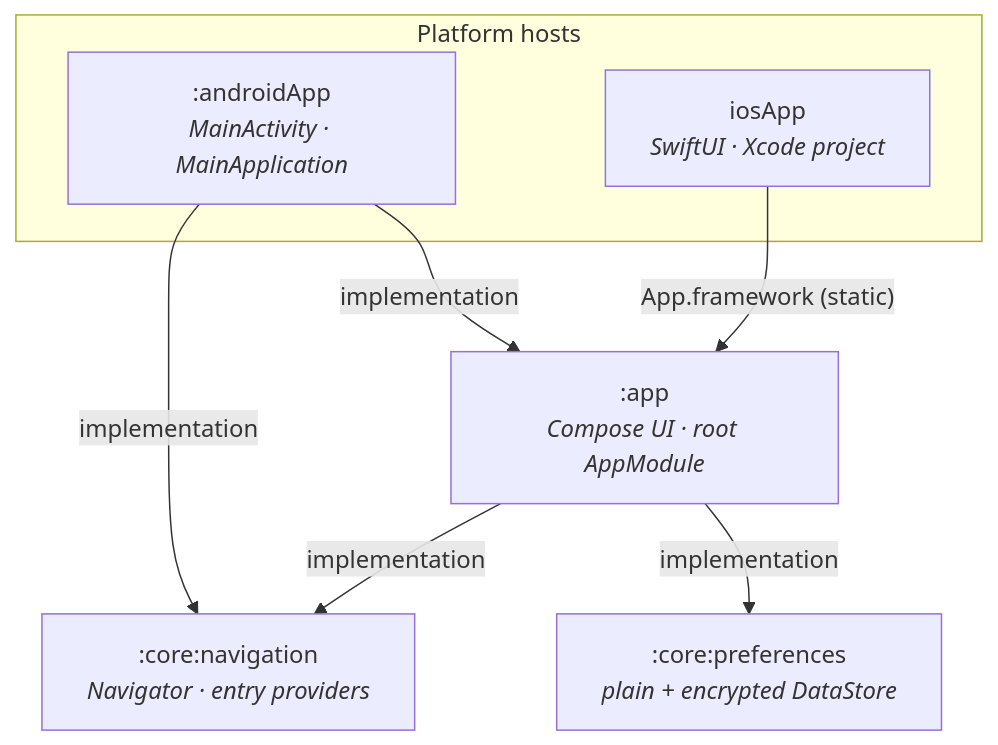
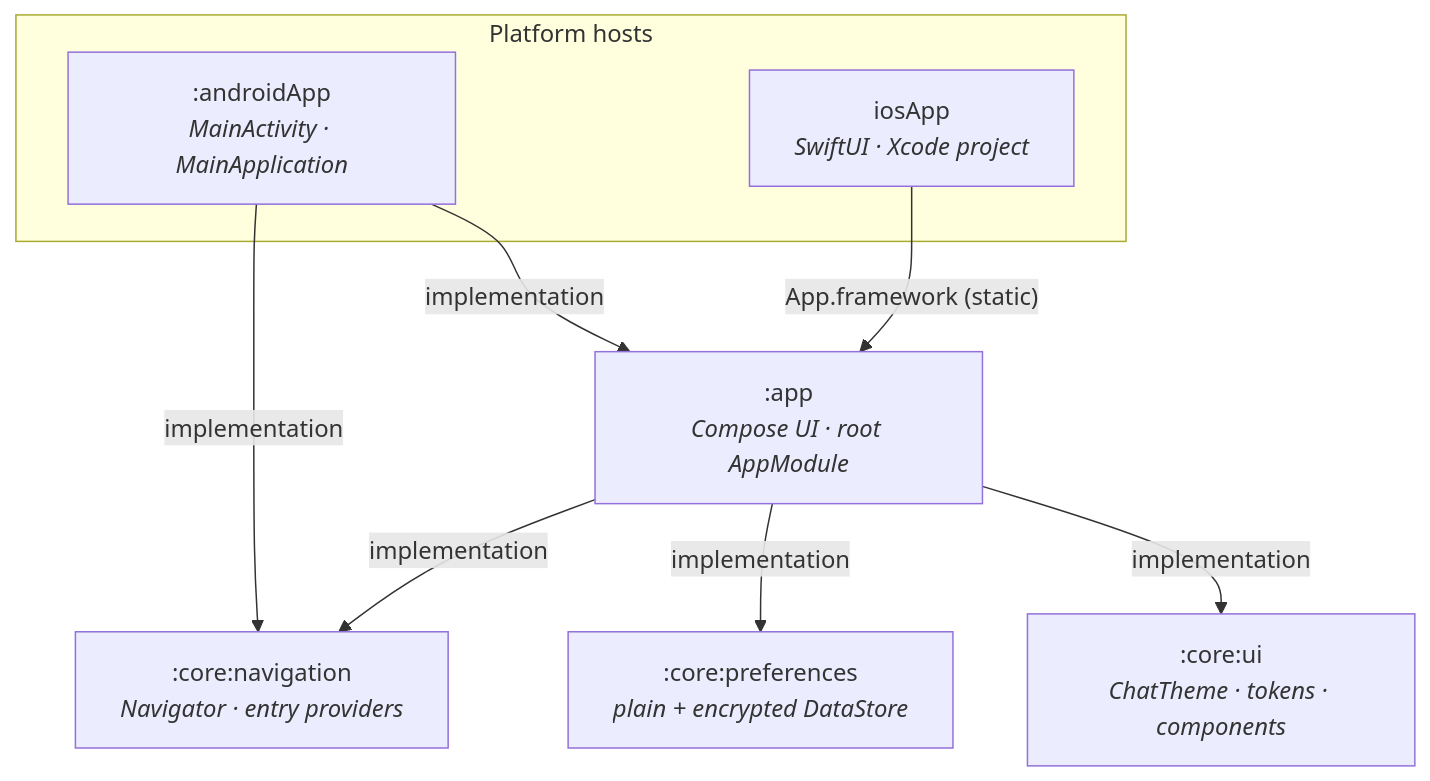
Before and after one commit to weslley-poatek/chat: the diagram in README.md, drawn with Mermaid. The commit also changed other lines of this file and 35 other files, not shown here.

Commit message:
✨ feat: Add Chat theme and design tokens.

````diff
--- a/README.md
+++ b/README.md
@@ -82,17 +82,19 @@
 ```mermaid
 flowchart TD
     subgraph hosts ["Platform hosts"]
         androidApp[":androidApp<br/><i>MainActivity · MainApplication</i>"]
         iosApp["iosApp<br/><i>SwiftUI · Xcode project</i>"]
     end
 
     app[":app<br/><i>Compose UI · root AppModule</i>"]
     nav[":core:navigation<br/><i>Navigator · entry providers</i>"]
     prefs[":core:preferences<br/><i>plain + encrypted DataStore</i>"]
+    ui[":core:ui<br/><i>ChatTheme · tokens · components</i>"]
 
     androidApp -- "implementation" --> app
     androidApp -- "implementation" --> nav
     iosApp -- "App.framework (static)" --> app
     app -- "implementation" --> nav
     app -- "implementation" --> prefs
+    app -- "implementation" --> ui
 ```
````
